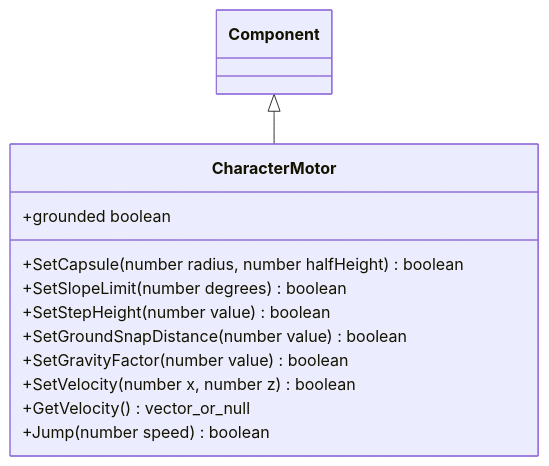
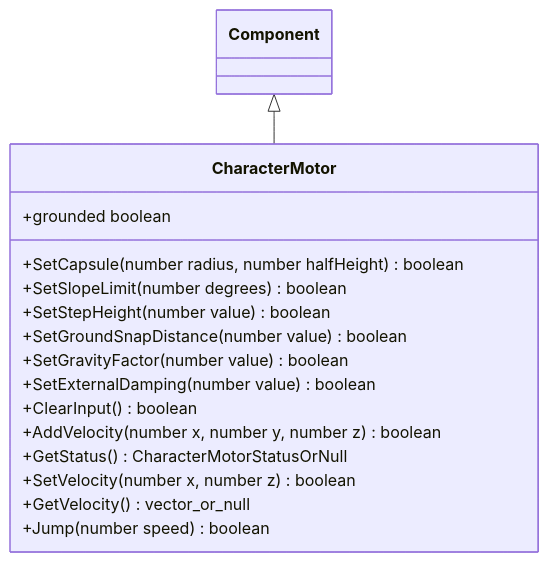
The third of 4 diagrams in docs/plugins/runtime/class-diagrams/physics-audio-script-api.md (lcals/Engine), drawn with Mermaid before and after one commit. The commit also changed other lines of this file and 194 other files, not shown here.

````diff
--- a/docs/plugins/runtime/class-diagrams/physics-audio-script-api.md
+++ b/docs/plugins/runtime/class-diagrams/physics-audio-script-api.md
@@ -60,16 +60,20 @@
 ```mermaid
 classDiagram
     class Component
     class CharacterMotor {
         +SetCapsule(number radius, number halfHeight) boolean
         +SetSlopeLimit(number degrees) boolean
         +SetStepHeight(number value) boolean
         +SetGroundSnapDistance(number value) boolean
         +SetGravityFactor(number value) boolean
+        +SetExternalDamping(number value) boolean
+        +ClearInput() boolean
+        +AddVelocity(number x, number y, number z) boolean
+        +GetStatus() CharacterMotorStatusOrNull
         +SetVelocity(number x, number z) boolean
         +GetVelocity() vector_or_null
         +Jump(number speed) boolean
         +grounded boolean
     }
     Component <|-- CharacterMotor
 ```
````
